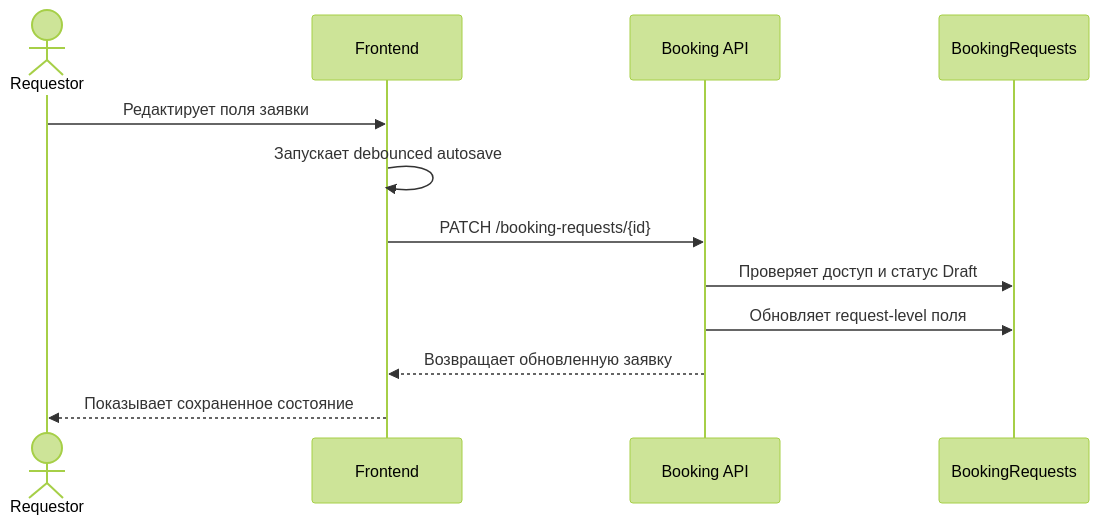
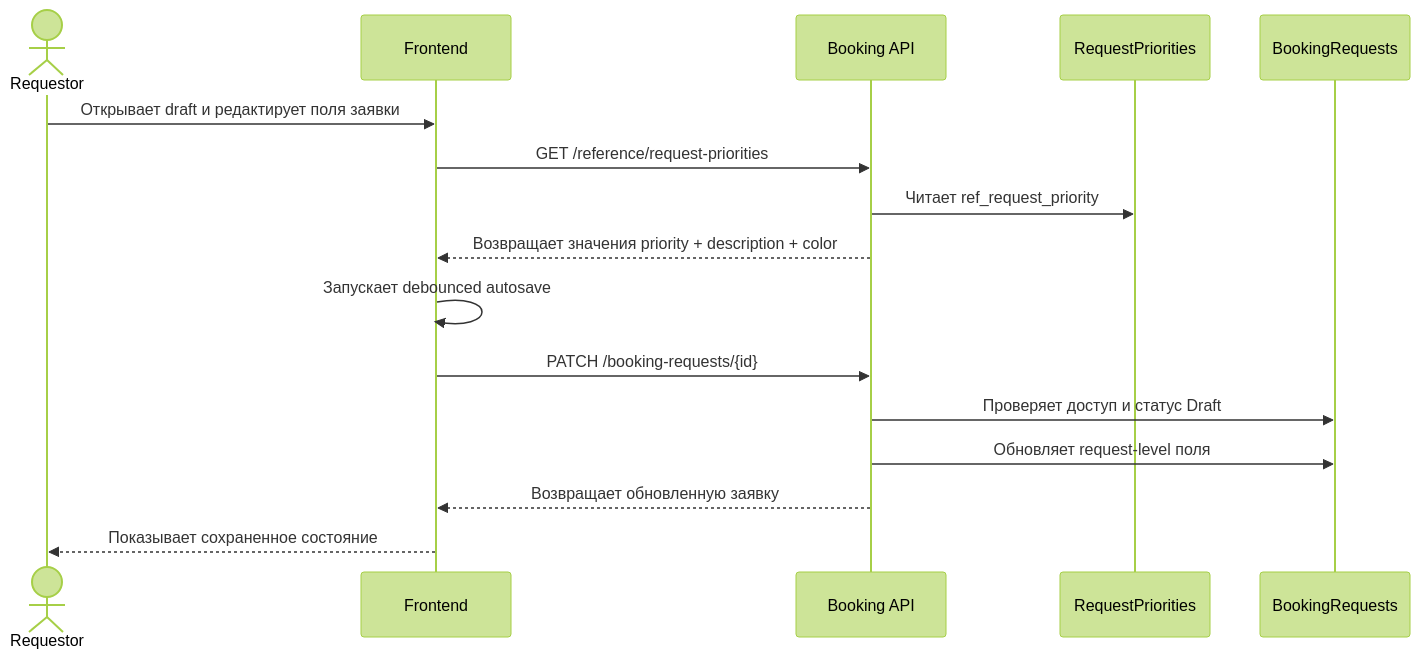
Before and after one commit to aliqank/wiki: the diagram in wiki/requirements/usecases/Requestor/UC-REQ-02 - Создание новой заявки (Draft-first)/UC-REQ-02.2 - Заполнение и редактирование шапки заявки.md, drawn with Mermaid (forest theme). The commit also changed other lines of this file and 9 other files, not shown here.

Commit message:
docs(priority): add admin-managed request priority metadata

````diff
--- a/wiki/requirements/usecases/Requestor/UC-REQ-02 - Создание новой заявки (Draft-first)/UC-REQ-02.2 - Заполнение и редактирование шапки заявки.md
+++ b/wiki/requirements/usecases/Requestor/UC-REQ-02 - Создание новой заявки (Draft-first)/UC-REQ-02.2 - Заполнение и редактирование шапки заявки.md
@@ -35,15 +37,19 @@
 ```mermaid
 sequenceDiagram
     actor Requestor
     participant Frontend
     participant BookingAPI as Booking API
+    participant RequestPriorities
     participant BookingRequests
 
-    Requestor->>Frontend: Редактирует поля заявки
+    Requestor->>Frontend: Открывает draft и редактирует поля заявки
+    Frontend->>BookingAPI: GET /reference/request-priorities
+    BookingAPI->>RequestPriorities: Читает ref_request_priority
+    BookingAPI-->>Frontend: Возвращает значения priority + description + color
     Frontend->>Frontend: Запускает debounced autosave
     Frontend->>BookingAPI: PATCH /booking-requests/{id}
     BookingAPI->>BookingRequests: Проверяет доступ и статус Draft
     BookingAPI->>BookingRequests: Обновляет request-level поля
     BookingAPI-->>Frontend: Возвращает обновленную заявку
     Frontend-->>Requestor: Показывает сохраненное состояние
 ```
````
